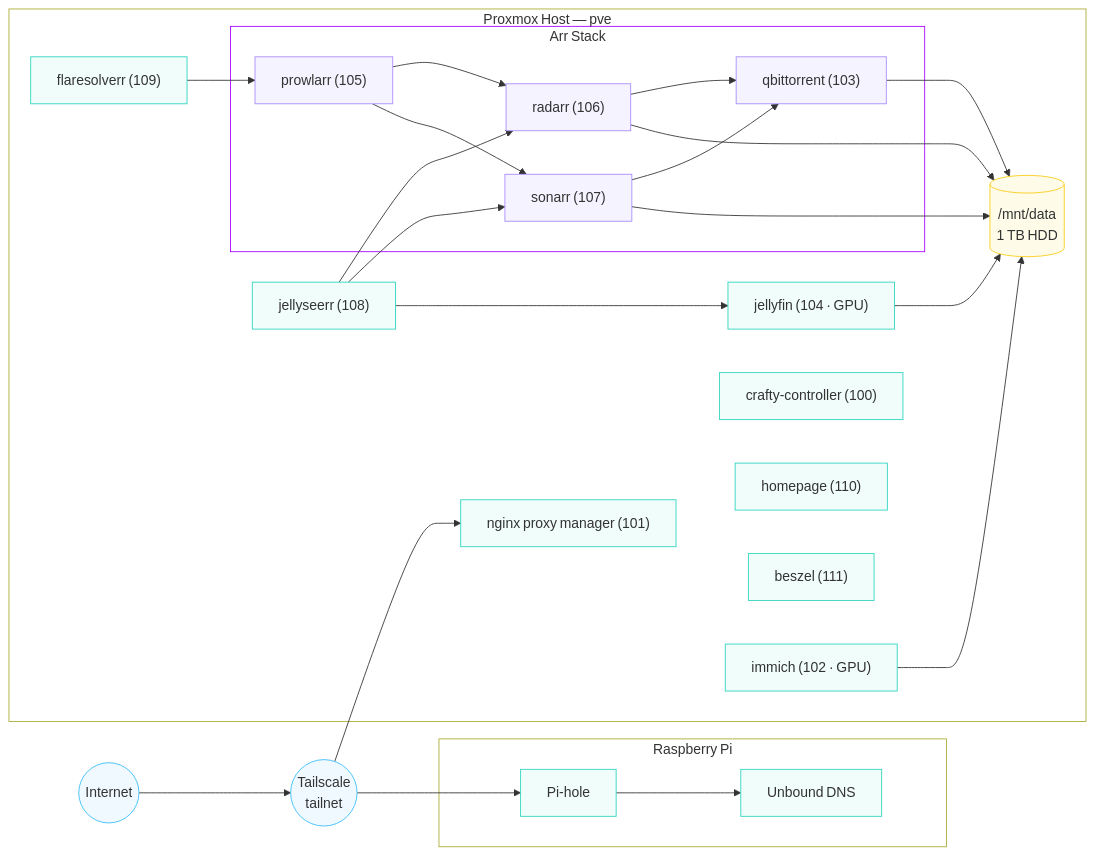
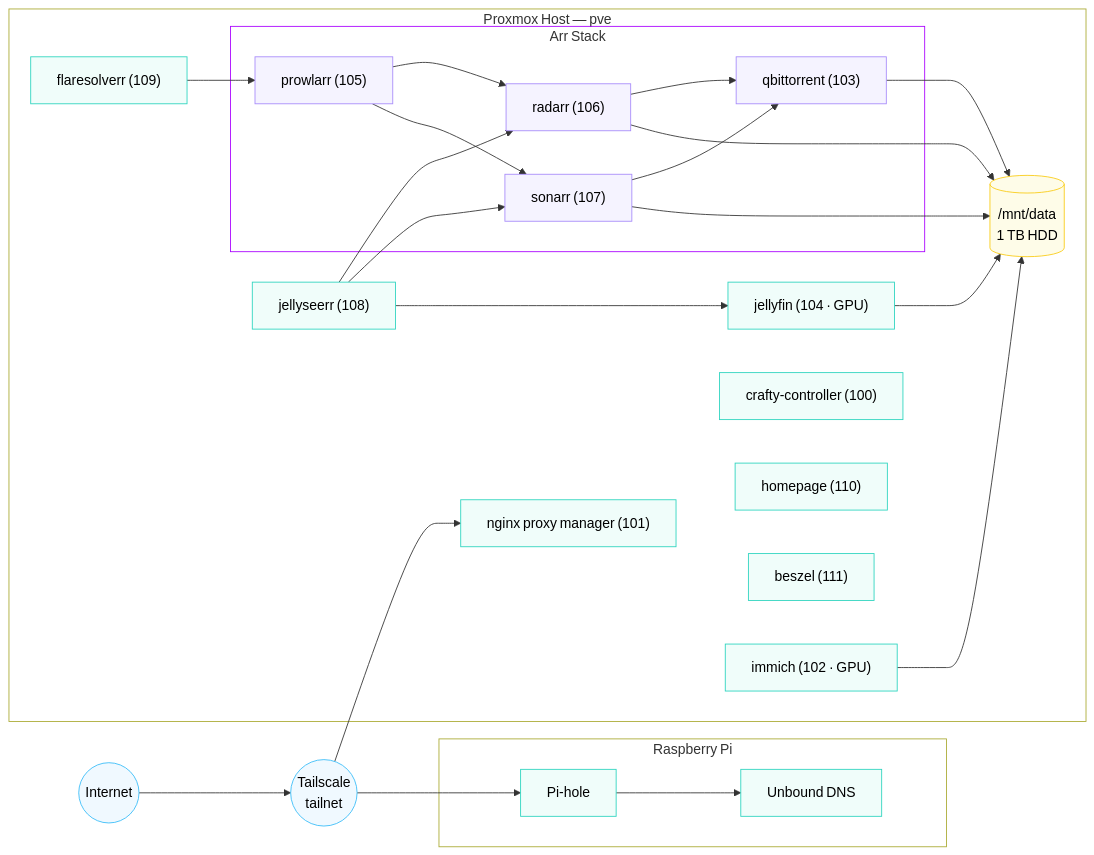
Before and after one commit to EthanFavis/Ethanet: the diagram in README.md, drawn with Mermaid. The commit also changed 1 other file, not shown here.

Commit message:
Pin diagram text color to black for dark-mode readability

````diff
--- a/README.md
+++ b/README.md
@@ -71,68 +71,68 @@
 ```mermaid
 flowchart LR
  subgraph Pi["Raspberry Pi"]
         Pihole["Pi‑hole"]
         Unbound["Unbound DNS"]
   end
  subgraph ARR["Arr Stack"]
         Prowlarr["prowlarr (105)"]
         Radarr["radarr (106)"]
         Sonarr["sonarr (107)"]
         QB["qbittorrent (103)"]
   end
  subgraph PVE["Proxmox Host — pve"]
         Homepage["homepage (110)"]
         NPM["nginx proxy manager (101)"]
         Crafty["crafty‑controller (100)"]
         Beszel["beszel (111)"]
         Flare["flaresolverr (109)"]
         ARR
         Seerr["jellyseerr (108)"]
         Jellyfin["jellyfin (104 · GPU)"]
         Immich["immich (102 · GPU)"]
         Storage[("/mnt/data<br>1 TB HDD")]
   end
     Internet(("Internet")) --> Tailnet(("Tailscale<br>tailnet"))
     Pihole --> Unbound
     Prowlarr --> Radarr & Sonarr
     Radarr --> QB & Storage
     Sonarr --> QB & Storage
     Tailnet --> Pihole & NPM
     Flare --> Prowlarr
     Seerr --> Radarr & Sonarr & Jellyfin
     QB --> Storage
     Jellyfin --> Storage
     Immich --> Storage
 
     %% invisible edges to anchor orphan containers near NPM
     NPM ~~~ Crafty
     NPM ~~~ Homepage
     NPM ~~~ Beszel
     NPM ~~~ Immich
 
      Internet:::network
      Tailnet:::network
      Pihole:::service
      Unbound:::service
      Homepage:::service
      NPM:::service
      Crafty:::service
      Beszel:::service
      Flare:::service
      Prowlarr:::media
      Radarr:::media
      Sonarr:::media
      QB:::media
      Seerr:::service
      Jellyfin:::service
      Immich:::service
      Storage:::storage
-    classDef infra stroke:#818cf8,fill:#eef2ff
-    classDef service stroke:#2dd4bf,fill:#f0fdfa
-    classDef storage stroke:#facc15,fill:#fefce8
-    classDef network stroke:#38bdf8,fill:#f0f9ff
-    classDef media stroke:#a78bfa,fill:#f5f3ff
+    classDef infra stroke:#818cf8,fill:#eef2ff,color:#000
+    classDef service stroke:#2dd4bf,fill:#f0fdfa,color:#000
+    classDef storage stroke:#facc15,fill:#fefce8,color:#000
+    classDef network stroke:#38bdf8,fill:#f0f9ff,color:#000
+    classDef media stroke:#a78bfa,fill:#f5f3ff,color:#000
     style ARR stroke:#AA00FF,fill:transparent
     style PVE fill:transparent
     style Pi fill:transparent
 ```
````
